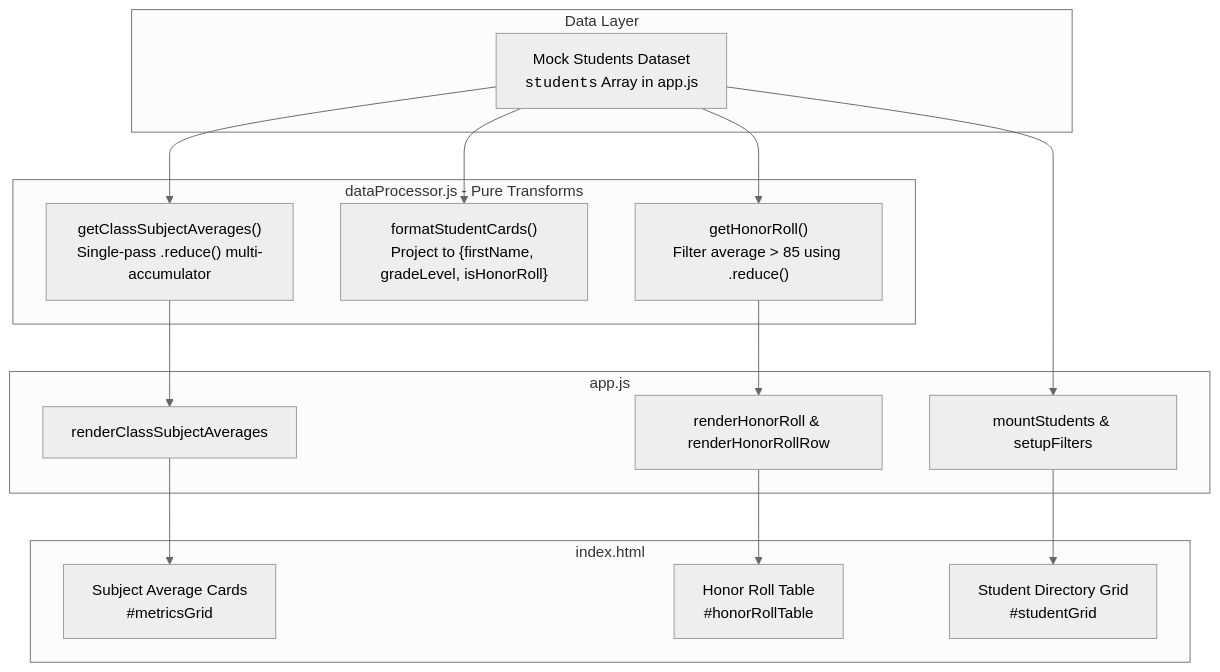
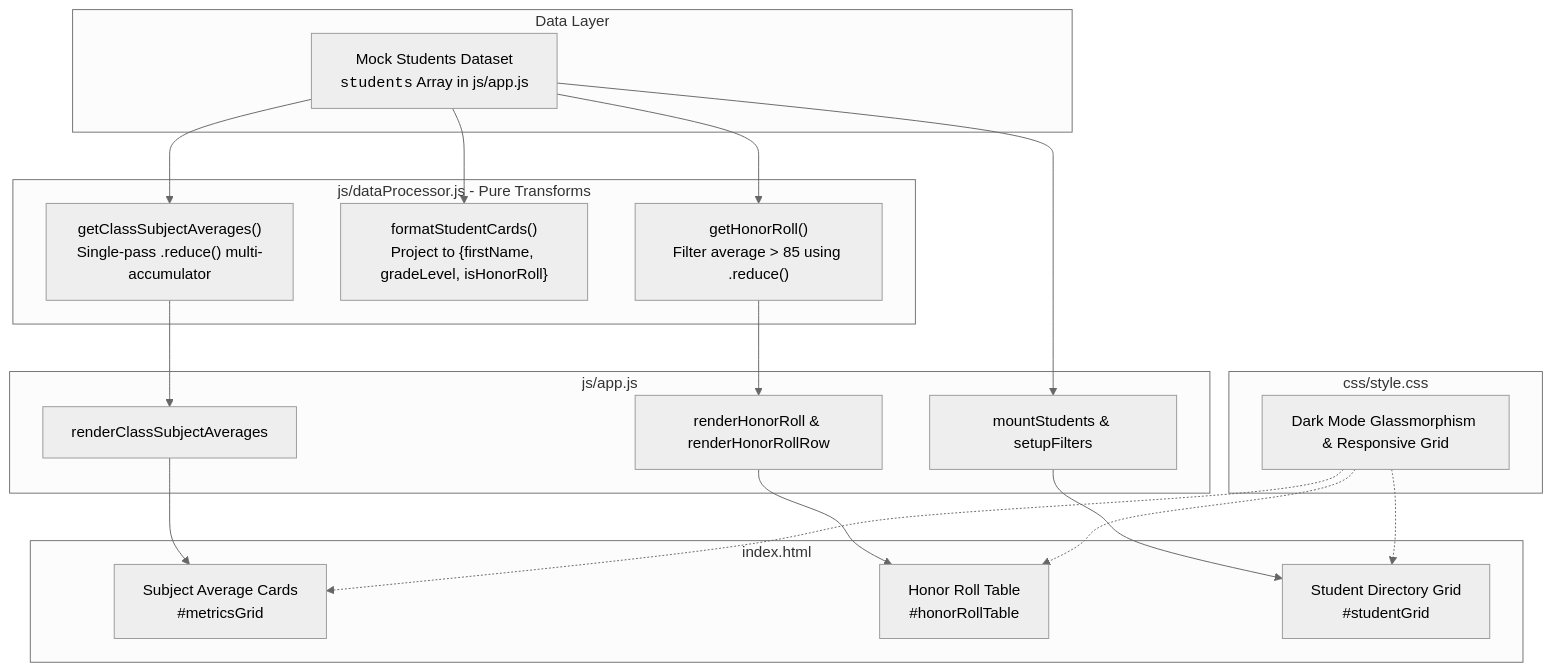
Before and after one commit to bhabakjishnu/Student-Record-Manager: the diagram in README.md, drawn with Mermaid (neutral theme). The commit also changed other lines of this file and 7 other files, not shown here.

Commit message:
refactor: restructure into js/ and css/ dirs, untrack .agents, update README with Mermaid architecture

````diff
--- a/README.md
+++ b/README.md
@@ -29,36 +29,43 @@
 ```mermaid
 flowchart TD
     subgraph Data Layer
-        A[Mock Students Dataset<br/><code>students</code> Array in app.js]
+        A["Mock Students Dataset<br/><code>students</code> Array in js/app.js"]
     end
 
-    subgraph Functional Core [dataProcessor.js - Pure Transforms]
+    subgraph Functional Core [js/dataProcessor.js - Pure Transforms]
         B["getHonorRoll()<br/>Filter average > 85 using .reduce()"]
         C["formatStudentCards()<br/>Project to {firstName, gradeLevel, isHonorRoll}"]
         D["getClassSubjectAverages()<br/>Single-pass .reduce() multi-accumulator"]
     end
 
-    subgraph Presentation Controller [app.js]
+    subgraph Presentation Controller [js/app.js]
         E[renderClassSubjectAverages]
         F[renderHonorRoll & renderHonorRollRow]
         G[mountStudents & setupFilters]
     end
 
     subgraph Semantic DOM [index.html]
         H["Subject Average Cards<br/>#metricsGrid"]
         I["Honor Roll Table<br/>#honorRollTable"]
         J["Student Directory Grid<br/>#studentGrid"]
+    end
+
+    subgraph Styling [css/style.css]
+        K["Dark Mode Glassmorphism & Responsive Grid"]
     end
 
     A --> B
     A --> C
     A --> D
 
     B --> F
     D --> E
     A --> G
 
     E --> H
     F --> I
     G --> J
+    K -.-> H
+    K -.-> I
+    K -.-> J
 ```
````
